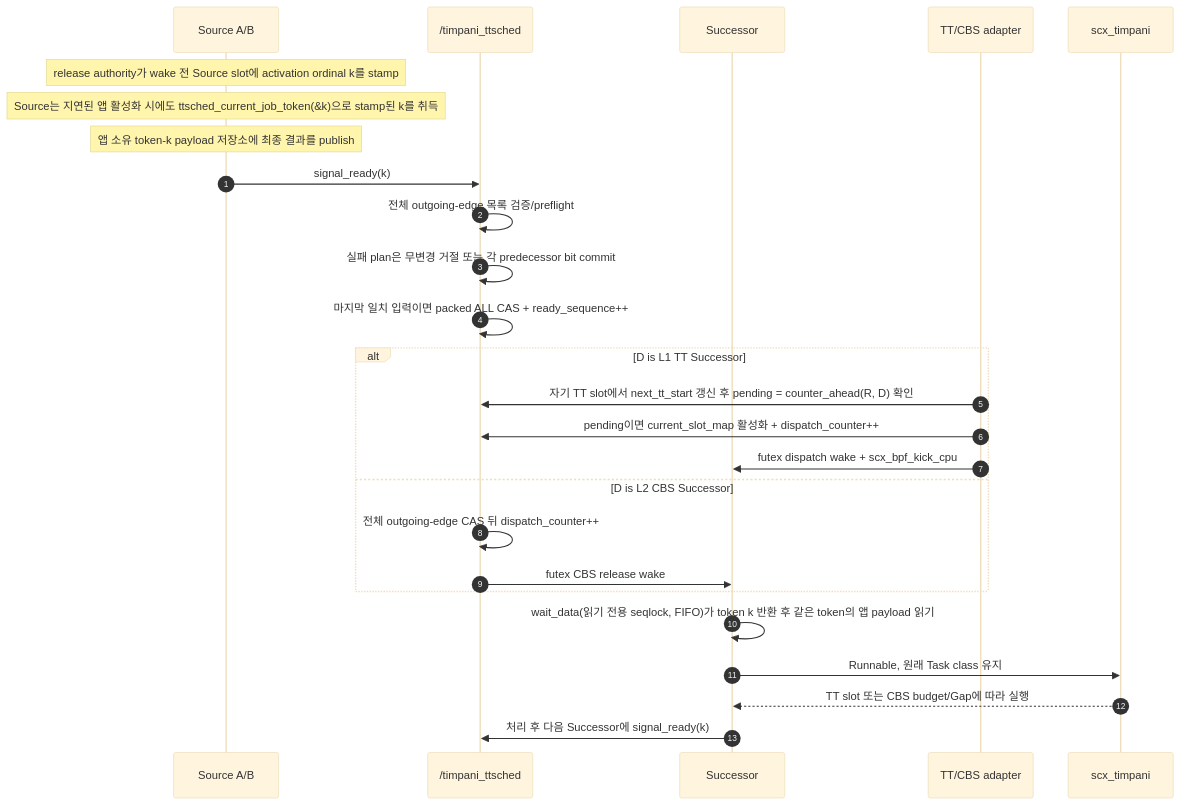
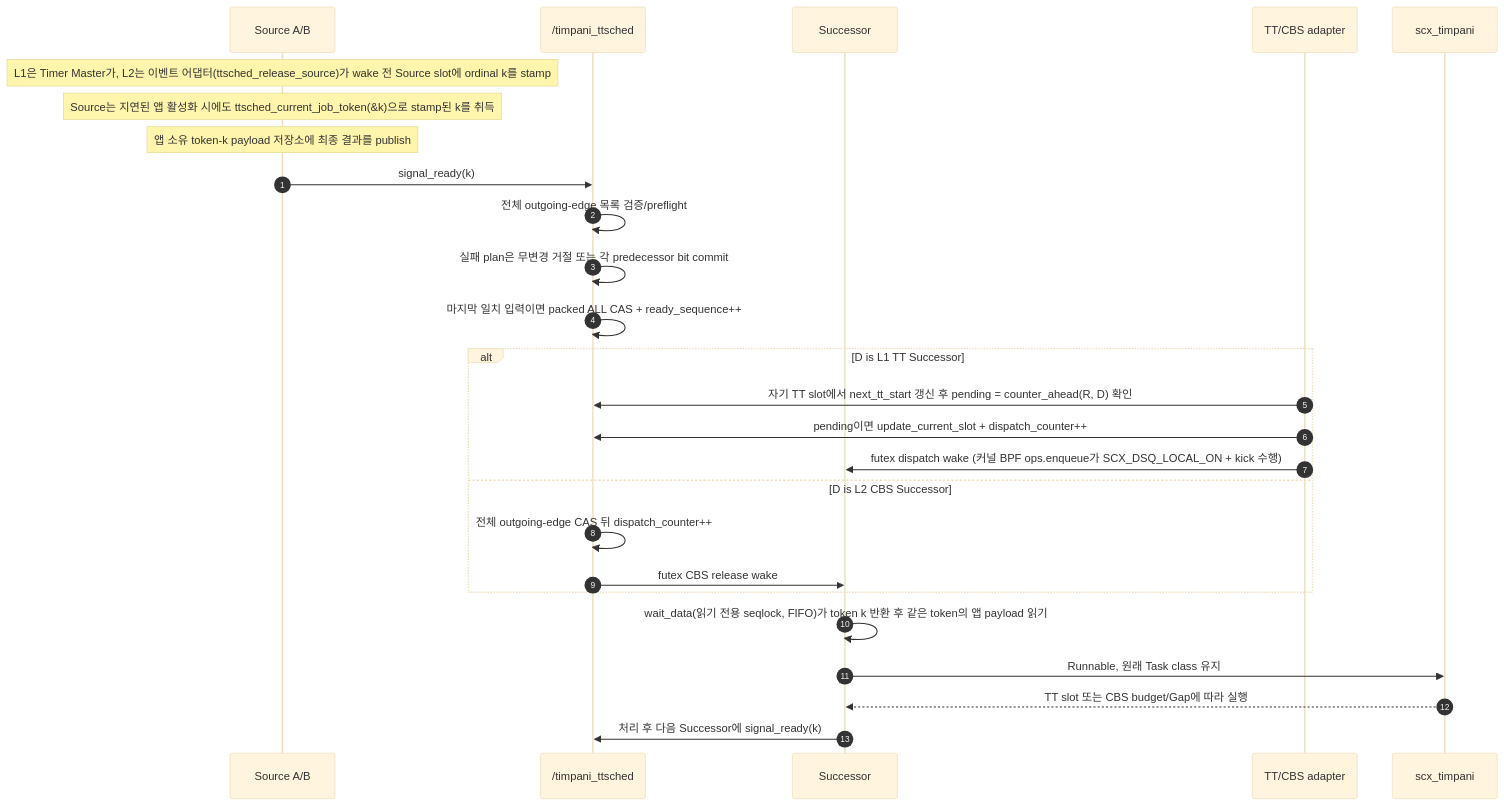
One commit to akshayg0314/timpani26 changed the third of 4 diagrams in doc/design/kor/HLD-009-data-driven-workload.md. Above: the diagram before and after it, drawn with Mermaid (base theme). The commit also changed other lines of this file and 11 other files, not shown here.

````diff
--- a/doc/design/kor/HLD-009-data-driven-workload.md
+++ b/doc/design/kor/HLD-009-data-driven-workload.md
@@ -121,29 +121,29 @@
 ```mermaid
 sequenceDiagram
     autonumber
     participant P as Source A/B
     participant SHM as /timpani_ttsched
     participant D as Successor
     participant A as TT/CBS adapter
     participant BPF as scx_timpani
 
-    Note over P: release authority가 wake 전 Source slot에 activation ordinal k를 stamp
+    Note over P: L1은 Timer Master가, L2는 이벤트 어댑터(ttsched_release_source)가 wake 전 Source slot에 ordinal k를 stamp
     Note over P: Source는 지연된 앱 활성화 시에도 ttsched_current_job_token(&k)으로 stamp된 k를 취득
     Note over P: 앱 소유 token-k payload 저장소에 최종 결과를 publish
     P->>SHM: signal_ready(k)
     SHM->>SHM: 전체 outgoing-edge 목록 검증/preflight
     SHM->>SHM: 실패 plan은 무변경 거절 또는 각 predecessor bit commit
     SHM->>SHM: 마지막 일치 입력이면 packed ALL CAS + ready_sequence++
     alt D is L1 TT Successor
         A->>SHM: 자기 TT slot에서 next_tt_start 갱신 후 pending = counter_ahead(R, D) 확인
-        A->>SHM: pending이면 current_slot_map 활성화 + dispatch_counter++
-        A->>D: futex dispatch wake + scx_bpf_kick_cpu
+        A->>SHM: pending이면 update_current_slot + dispatch_counter++
+        A->>D: futex dispatch wake (커널 BPF ops.enqueue가 SCX_DSQ_LOCAL_ON + kick 수행)
     else D is L2 CBS Successor
         SHM->>SHM: 전체 outgoing-edge CAS 뒤 dispatch_counter++
         SHM->>D: futex CBS release wake
     end
     D->>D: wait_data(읽기 전용 seqlock, FIFO)가 token k 반환 후 같은 token의 앱 payload 읽기
     D->>BPF: Runnable, 원래 Task class 유지
     BPF-->>D: TT slot 또는 CBS budget/Gap에 따라 실행
     D->>SHM: 처리 후 다음 Successor에 signal_ready(k)
 ```
````
